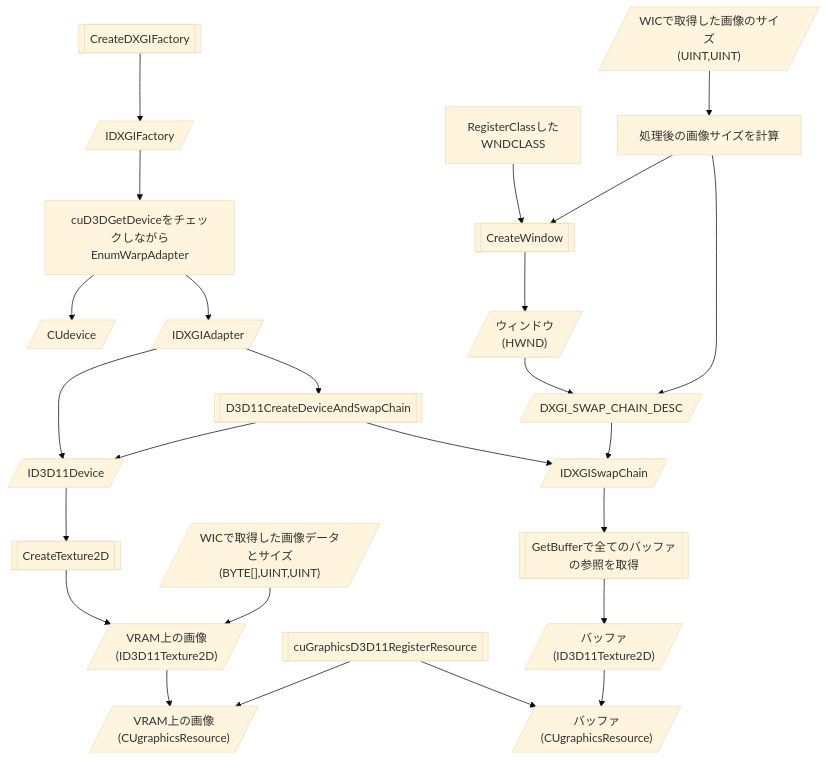
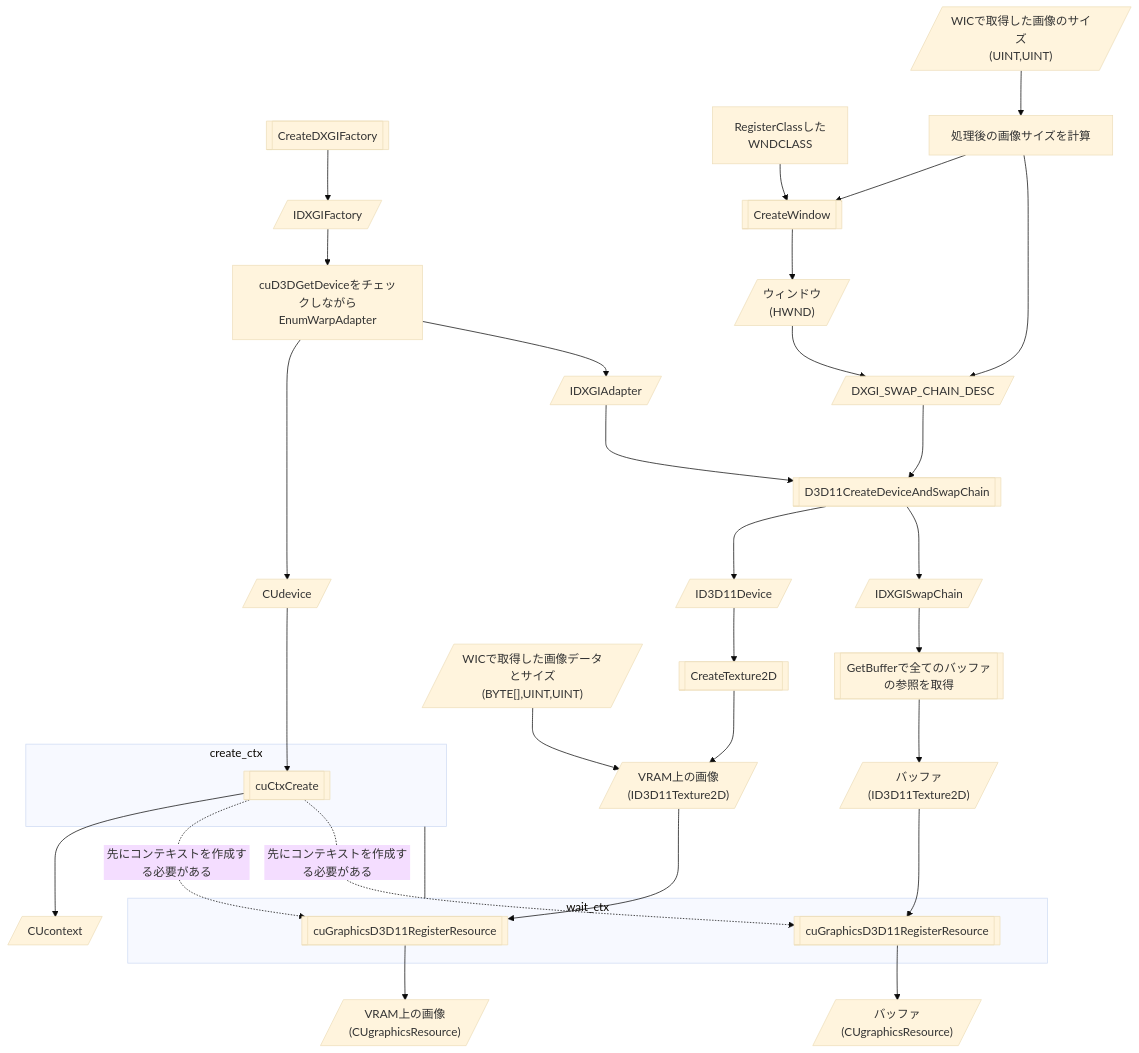
Before and after one commit to t3HyperParallel/ReportGPGPU: the third of 6 diagrams in README.md, drawn with Mermaid (base theme).

Commit message:
グラフに色々追加

````diff
--- a/README.md
+++ b/README.md
@@ -90,22 +90,47 @@
 ```mermaid
 graph TD
-  CreateDXGIFactory[[CreateDXGIFactory]]-->IDXGIFactory[/"IDXGIFactory"/]
-  
-  IDXGIFactory-->EnumWarpAdapter["cuD3DGetDeviceをチェックしながら<br/>EnumWarpAdapter"]-->CUdevice[/"CUdevice"/] & IDXGIAdapter[/"IDXGIAdapter"/]
-  IDXGIAdapter-->ID3D11Device
-  
-  IDXGIAdapter-->D3D11CreateDeviceAndSwapChain[[D3D11CreateDeviceAndSwapChain]]-->ID3D11Device[/"ID3D11Device"/] & IDXGISwapChain[/"IDXGISwapChain"/]
-  
-  RegisterClass["RegisterClassした<br/>WNDCLASS"]-->CreateWindow
-  imageSize[/"WICで取得した画像のサイズ<br/>(UINT,UINT)"/]-->calcImageSize["処理後の画像サイズを計算"]
-  calcImageSize-->CreateWindow[["CreateWindow"]]-->HWND[/"ウィンドウ<br/>(HWND)"/]
-  calcImageSize & HWND-->DXGI_SWAP_CHAIN_DESC[/"DXGI_SWAP_CHAIN_DESC"/]-->IDXGISwapChain
-  
-  ID3D11Device[/"ID3D11Device"/]-->ID3D11Device.CreateTexture2D[["CreateTexture2D"]]
-  rawImage[/"WICで取得した画像データとサイズ<br/>(BYTE[],UINT,UINT)"/]
-  rawImage & ID3D11Device.CreateTexture2D-->ID3D11Texture2D[/"VRAM上の画像<br/>(ID3D11Texture2D)"/]
-  ID3D11Texture2D & cuGraphicsD3D11RegisterResource[["cuGraphicsD3D11RegisterResource"]]-->sourceCUgraphicsResource[/"VRAM上の画像<br/>(CUgraphicsResource)"/]
-  
-  IDXGISwapChain-->IDXGISwapChain.GetBuffer[["GetBufferで全てのバッファの参照を取得"]]-->buffers[/"バッファ<br/>(ID3D11Texture2D)"/]
-  cuGraphicsD3D11RegisterResource & buffers-->targetCUgraphicsResource[/"バッファ<br/>(CUgraphicsResource)"/]
+  CreateDXGIFactory[[CreateDXGIFactory]]
+  -->IDXGIFactory[/"IDXGIFactory"/]
+  -->EnumWarpAdapter["cuD3DGetDeviceをチェックしながら<br/>EnumWarpAdapter"]
+  -->CUdevice[/"CUdevice"/] & IDXGIAdapter[/"IDXGIAdapter"/]
+
+  CUdevice
+  --->cuCtxCreate[["cuCtxCreate"]]
+    -->CUcontext[/"CUcontext"/]
+  subgraph create_ctx
+    cuCtxCreate
+  end
+
+  RegisterClass["RegisterClassした<br/>WNDCLASS"]
+  -->CreateWindow
+  imageSize[/"WICで取得した画像のサイズ<br/>(UINT,UINT)"/]
+  -->calcImageSize["処理後の画像サイズを計算"]
+  -->CreateWindow[["CreateWindow"]]
+  -->HWND[/"ウィンドウ<br/>(HWND)"/]
+  calcImageSize & HWND
+  -->DXGI_SWAP_CHAIN_DESC[/"DXGI_SWAP_CHAIN_DESC"/]
+
+  IDXGIAdapter & DXGI_SWAP_CHAIN_DESC
+  --->D3D11CreateDeviceAndSwapChain[[D3D11CreateDeviceAndSwapChain]]
+  --->ID3D11Device[/"ID3D11Device"/] & IDXGISwapChain[/"IDXGISwapChain"/]
+
+  ID3D11Device[/"ID3D11Device"/]
+  -->ID3D11Device.CreateTexture2D[["CreateTexture2D"]]
+  rawImage[/"WICで取得した画像データとサイズ<br/>(BYTE[],UINT,UINT)"/] & ID3D11Device.CreateTexture2D
+  -->ID3D11Texture2D[/"VRAM上の画像<br/>(ID3D11Texture2D)"/]
+  -->cuGraphicsD3D11RegisterResource_image[["cuGraphicsD3D11RegisterResource"]]
+  -->sourceCUgraphicsResource[/"VRAM上の画像<br/>(CUgraphicsResource)"/]
+
+  IDXGISwapChain
+  -->IDXGISwapChain.GetBuffer[["GetBufferで全てのバッファの参照を取得"]]
+  -->buffers[/"バッファ<br/>(ID3D11Texture2D)"/]
+  -->cuGraphicsD3D11RegisterResource_target[["cuGraphicsD3D11RegisterResource"]]
+  -->targetCUgraphicsResource[/"バッファ<br/>(CUgraphicsResource)"/]
+
+  subgraph wait_ctx
+    cuGraphicsD3D11RegisterResource_image
+    cuGraphicsD3D11RegisterResource_target
+  end
+  create_ctx---wait_ctx
+  cuCtxCreate-."先にコンテキストを作成する必要がある".->cuGraphicsD3D11RegisterResource_image & cuGraphicsD3D11RegisterResource_target
 ```
````
